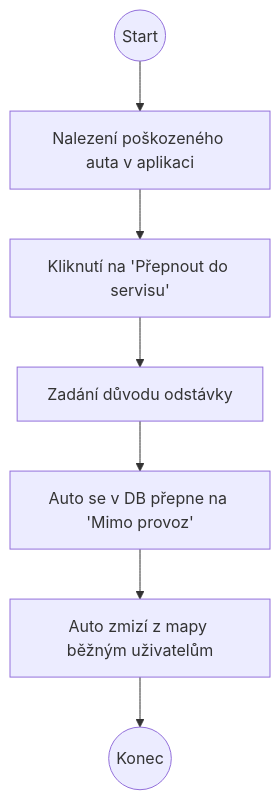
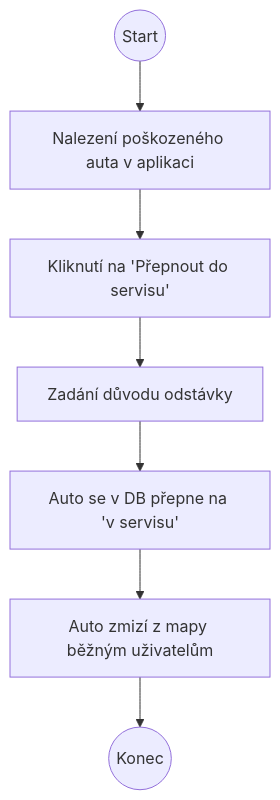
One commit to CrimsonRubyRose/KSWI changed the ninth of 14 diagrams in Full.md. Above: the diagram before and after it, drawn with Mermaid.

````diff
--- a/Full.md
+++ b/Full.md
@@ -101,9 +101,9 @@
 ```mermaid
 flowchart TD
     Start((Start)) --> FindCar[Nalezení poškozeného auta v aplikaci]
     FindCar --> ClickService[Kliknutí na 'Přepnout do servisu']
     ClickService --> Reason[Zadání důvodu odstávky]
-    Reason --> UpdateDB[Auto se v DB přepne na 'Mimo provoz']
+    Reason --> UpdateDB[Auto se v DB přepne na 'v servisu']
     UpdateDB --> Hide[Auto zmizí z mapy běžným uživatelům]
     Hide --> End((Konec))
 ```
````
